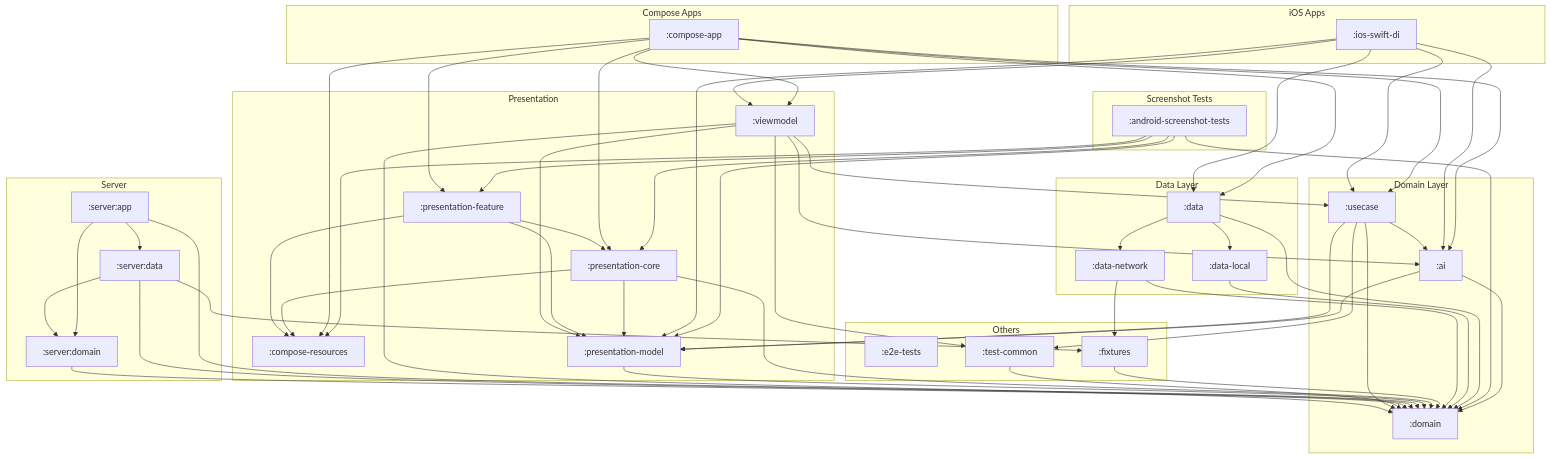
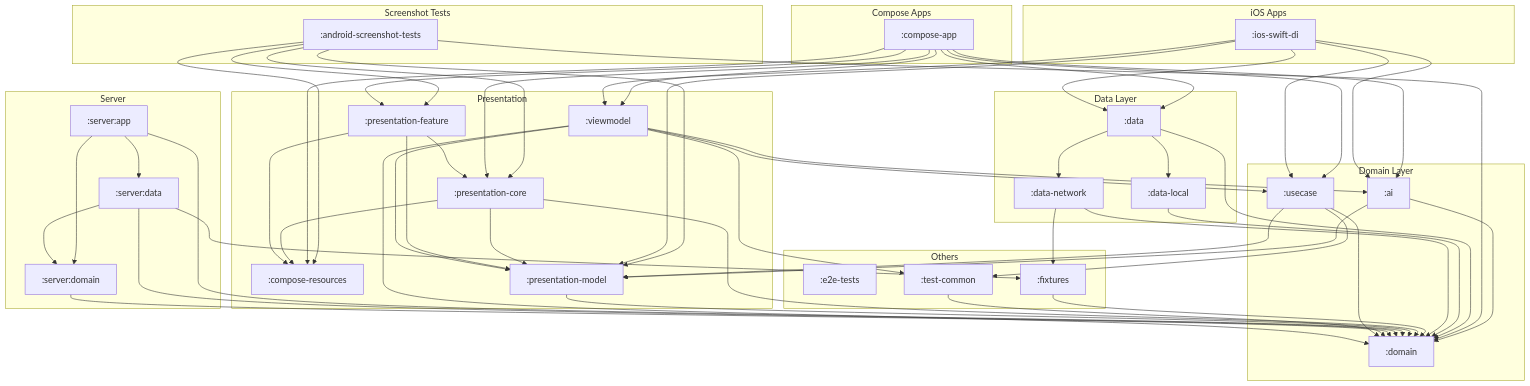
Before and after one commit to cartland/battery-butler: the diagram in docs/diagrams/kotlin_module_structure.mmd, drawn with Mermaid. The commit also changed 3 other files, not shown here.

Commit message:
Docs: Update architecture diagrams

```diff
--- a/docs/diagrams/kotlin_module_structure.mmd
+++ b/docs/diagrams/kotlin_module_structure.mmd
@@ -1,112 +1,111 @@
 graph TD
     subgraph "iOS Apps"
         IosSwiftDi[":ios-swift-di"]
     end
 
     subgraph "Compose Apps"
         ComposeApp[":compose-app"]
     end
 
     subgraph "Server"
         ServerApp[":server:app"]
         ServerData[":server:data"]
         ServerDomain[":server:domain"]
     end
 
     subgraph "Presentation"
         ComposeResources[":compose-resources"]
         PresentationCore[":presentation-core"]
         PresentationFeature[":presentation-feature"]
         PresentationModel[":presentation-model"]
         Viewmodel[":viewmodel"]
     end
 
     subgraph "Domain Layer"
         Ai[":ai"]
         Domain[":domain"]
         Usecase[":usecase"]
     end
 
     subgraph "Data Layer"
         Data[":data"]
         DataLocal[":data-local"]
         DataNetwork[":data-network"]
     end
 
     subgraph "Screenshot Tests"
         AndroidScreenshotTests[":android-screenshot-tests"]
     end
 
     subgraph "Others"
         E2eTests[":e2e-tests"]
         Fixtures[":fixtures"]
         TestCommon[":test-common"]
     end
 
     %% Dependencies
     Ai --> Domain
     Ai --> PresentationModel
 
     AndroidScreenshotTests --> ComposeResources
     AndroidScreenshotTests --> Domain
     AndroidScreenshotTests --> PresentationCore
     AndroidScreenshotTests --> PresentationFeature
     AndroidScreenshotTests --> PresentationModel
 
     ComposeApp --> Ai
     ComposeApp --> ComposeResources
     ComposeApp --> Data
     ComposeApp --> PresentationCore
     ComposeApp --> PresentationFeature
     ComposeApp --> Usecase
     ComposeApp --> Viewmodel
 
     Data --> DataLocal
     Data --> DataNetwork
     Data --> Domain
 
     DataLocal --> Domain
 
     DataNetwork --> Domain
     DataNetwork --> Fixtures
 
     Fixtures --> Domain
 
     IosSwiftDi --> Ai
     IosSwiftDi --> Data
     IosSwiftDi --> PresentationModel
     IosSwiftDi --> Usecase
     IosSwiftDi --> Viewmodel
 
     PresentationCore --> ComposeResources
     PresentationCore --> Domain
     PresentationCore --> PresentationModel
 
     PresentationFeature --> ComposeResources
     PresentationFeature --> PresentationCore
     PresentationFeature --> PresentationModel
 
     PresentationModel --> Domain
 
     ServerApp --> Domain
     ServerApp --> ServerData
     ServerApp --> ServerDomain
 
     ServerData --> Domain
     ServerData --> Fixtures
     ServerData --> ServerDomain
 
     ServerDomain --> Domain
 
     TestCommon --> Domain
 
-    Usecase --> Ai
     Usecase --> Domain
     Usecase --> PresentationModel
     Usecase --> TestCommon
 
     Viewmodel --> Ai
     Viewmodel --> Domain
     Viewmodel --> PresentationModel
     Viewmodel --> TestCommon
     Viewmodel --> Usecase
```
